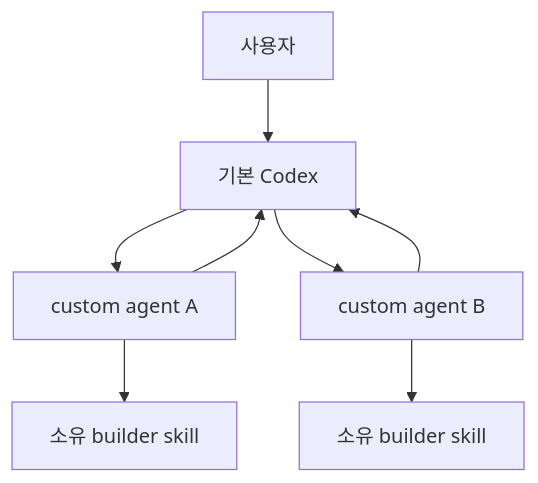
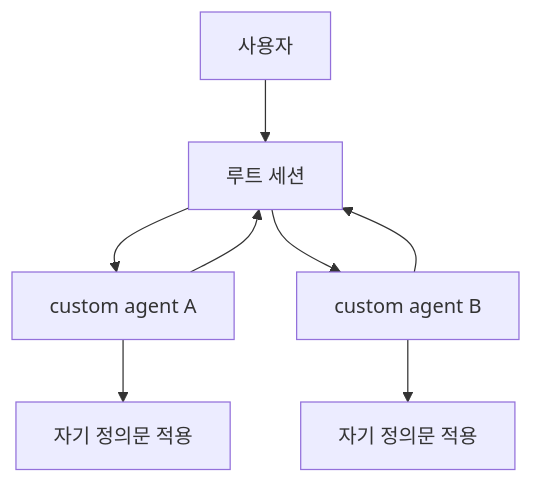
Before and after one commit to kimjoongwon/prj-core: the first of 2 diagrams in docs/orchestration-agent-relationship-flow.md, drawn with Mermaid. The commit also changed other lines of this file and 132 other files, not shown here.

````diff
--- a/docs/orchestration-agent-relationship-flow.md
+++ b/docs/orchestration-agent-relationship-flow.md
@@ -9,10 +18,10 @@
 ```mermaid
 flowchart TD
-  U["사용자"] --> R["기본 Codex"]
+  U["사용자"] --> R["루트 세션"]
   R --> A1["custom agent A"]
   R --> A2["custom agent B"]
-  A1 --> K1["소유 builder skill"]
-  A2 --> K2["소유 builder skill"]
+  A1 --> D1["자기 정의문 적용"]
+  A2 --> D2["자기 정의문 적용"]
   A1 --> R
   A2 --> R
 ```
````
